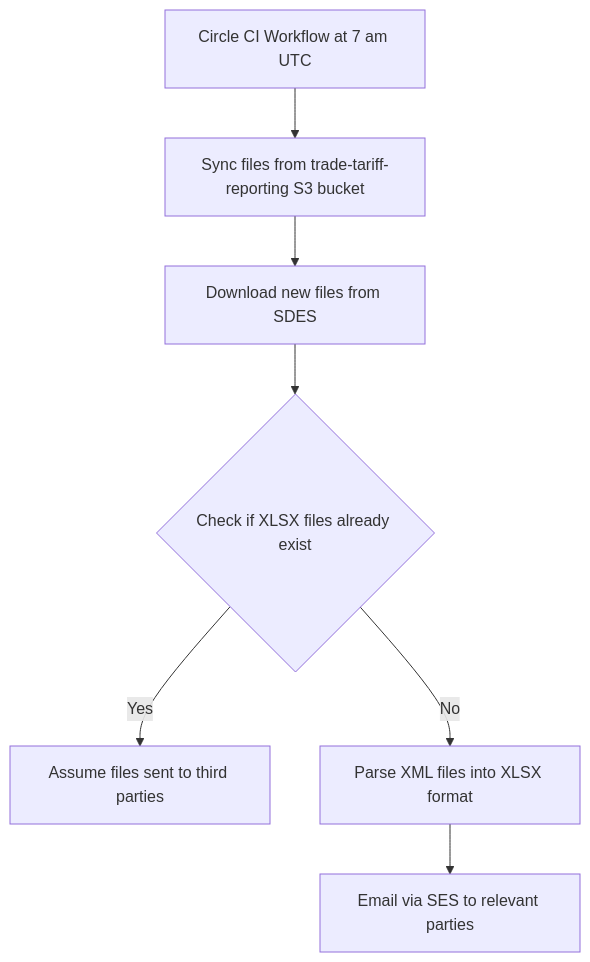
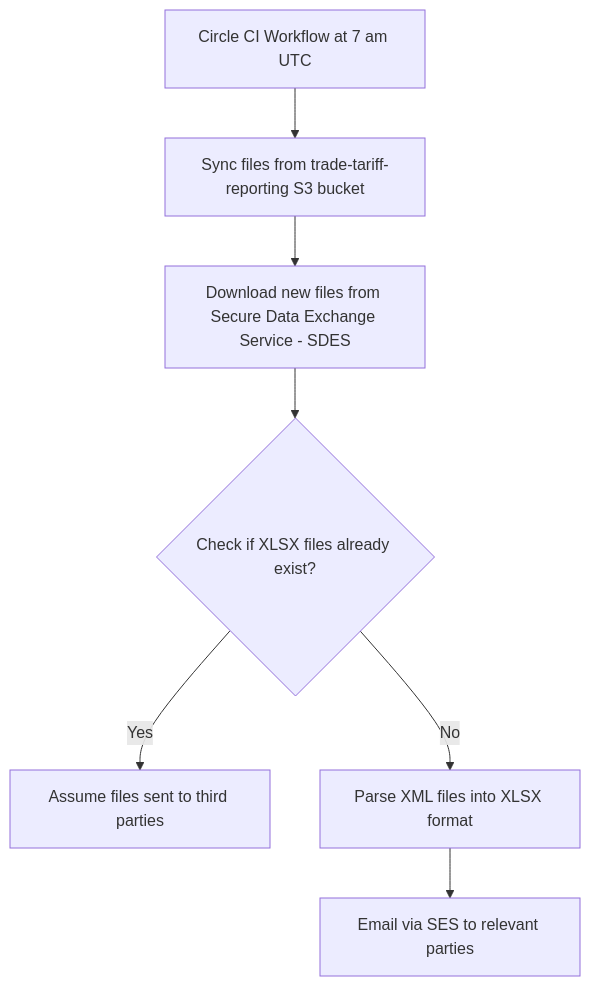
One commit to trade-tariff/download-CDS-files changed the diagram in README.md. Above: the diagram before and after it, drawn with Mermaid.

Commit message:
BAU: Code review

````diff
--- a/README.md
+++ b/README.md
@@ -11,9 +11,9 @@
 ```mermaid
 graph TD
     A[Circle CI Workflow at 7 am UTC] --> B[Sync files from trade-tariff-reporting S3 bucket]
-    B --> C[Download new files from SDES]
-    C --> D{Check if XLSX files already exist}
+    B --> C[Download new files from Secure Data Exchange Service - SDES]
+    C --> D{Check if XLSX files already exist?}
     D -- Yes --> E[Assume files sent to third parties]
     D -- No --> F[Parse XML files into XLSX format]
     F --> G[Email via SES to relevant parties]
 ```
````
